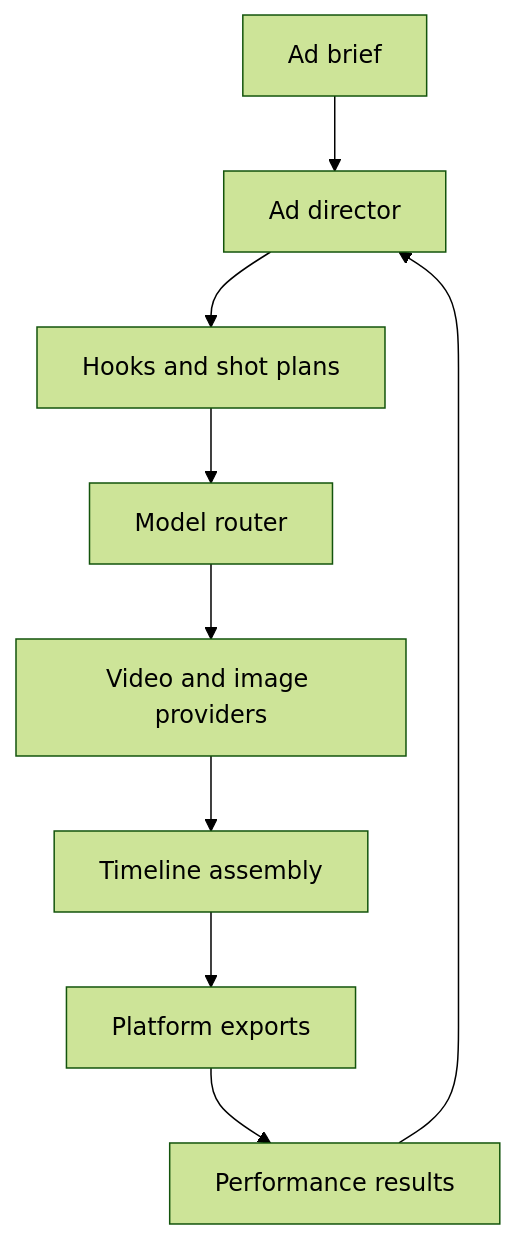
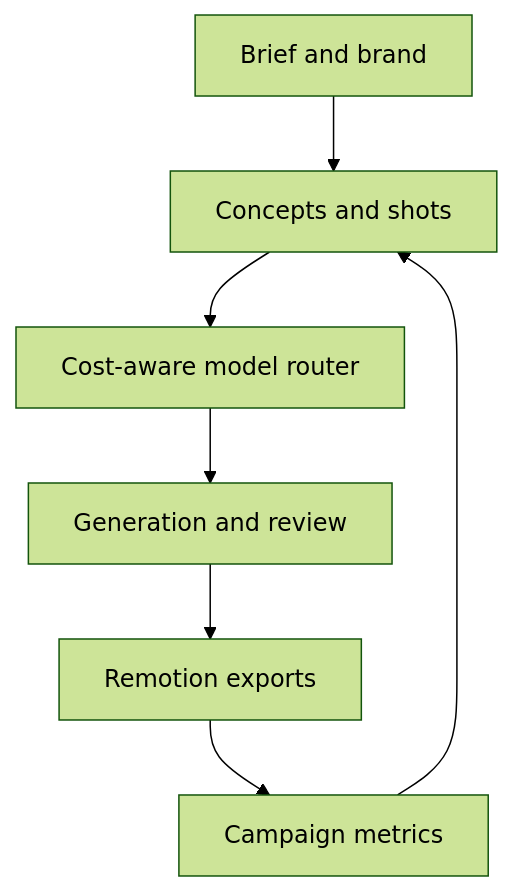
The diagram in docs/AD_STUDIO_PLAN.md (philwilson244/open-higgsfield), drawn with Mermaid (forest theme) before and after one commit. The commit also changed other lines of this file and 35 other files, not shown here.

````diff
--- a/docs/AD_STUDIO_PLAN.md
+++ b/docs/AD_STUDIO_PLAN.md
@@ -39,11 +12,9 @@
 ```mermaid
 flowchart TD
-    A["Ad brief"] --> B["Ad director"]
-    B --> C["Hooks and shot plans"]
-    C --> D["Model router"]
-    D --> E["Video and image providers"]
-    E --> F["Timeline assembly"]
-    F --> G["Platform exports"]
-    G --> H["Performance results"]
-    H --> B
+    A["Brief and brand"] --> B["Concepts and shots"]
+    B --> C["Cost-aware model router"]
+    C --> D["Generation and review"]
+    D --> E["Remotion exports"]
+    E --> F["Campaign metrics"]
+    F --> B
 ```
````
